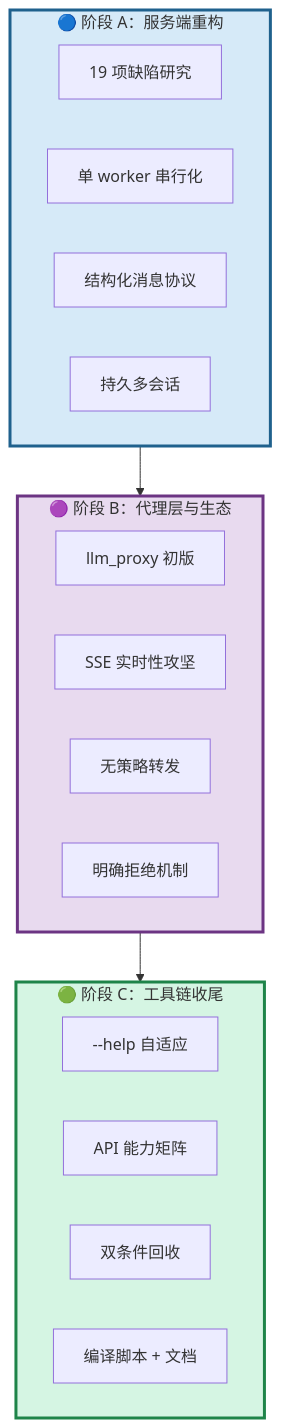
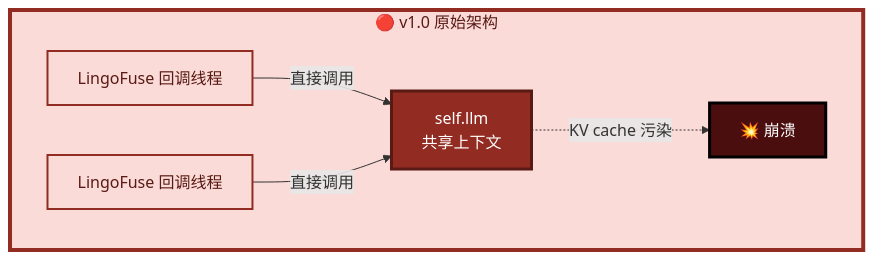
One commit to PassByYou888/LingoFuse-pasAgent changed the fourth of 39 diagrams in src/llm-service/LingoFuse_LLM_Service_Work_Summary.md. Above: the diagram before and after it, drawn with Mermaid. The commit also changed other lines of this file, not shown here.

````diff
--- a/src/llm-service/LingoFuse_LLM_Service_Work_Summary.md
+++ b/src/llm-service/LingoFuse_LLM_Service_Work_Summary.md
@@ -138,29 +167,14 @@
 ```mermaid
 flowchart TB
-    subgraph A["🔵 阶段 A：服务端重构"]
-        A1["19 项缺陷研究"]
-        A2["单 worker 串行化"]
-        A3["结构化消息协议"]
-        A4["持久多会话"]
+    subgraph OLD["🔴 v1.0 原始架构"]
+        O1["LingoFuse 回调线程"] -->|直接调用| O2["self.llm<br/>共享上下文"]
+        O3["LingoFuse 回调线程"] -->|直接调用| O2
+        O2 -.->|"KV cache 污染"| OC["💥 崩溃"]
     end
 
-    subgraph B["🟣 阶段 B：代理层与生态"]
-        B1["llm_proxy 初版"]
-        B2["SSE 实时性攻坚"]
-        B3["无策略转发"]
-        B4["明确拒绝机制"]
-    end
-
-    subgraph C["🟢 阶段 C：工具链收尾"]
-        C1["--help 自适应"]
-        C2["API 能力矩阵"]
-        C3["双条件回收"]
-        C4["编译脚本 + 文档"]
-    end
-
-    A --> B --> C
-
-    style A fill:#D6EAF8,stroke:#1F618D,stroke-width:3px
-    style B fill:#E8DAEF,stroke:#6C3483,stroke-width:3px
-    style C fill:#D5F5E3,stroke:#1E8449,stroke-width:3px
+    style OLD fill:#FADBD8,stroke:#922B21,stroke-width:4px,color:#5A1A14
+    style O1 fill:#FADBD8,stroke:#922B21,stroke-width:2px,color:#5A1A14
+    style O3 fill:#FADBD8,stroke:#922B21,stroke-width:2px,color:#5A1A14
+    style O2 fill:#922B21,stroke:#5A1A14,stroke-width:3px,color:#FFFFFF
+    style OC fill:#4A0E0E,stroke:#000000,stroke-width:3px,color:#FFFFFF
 ```
````
